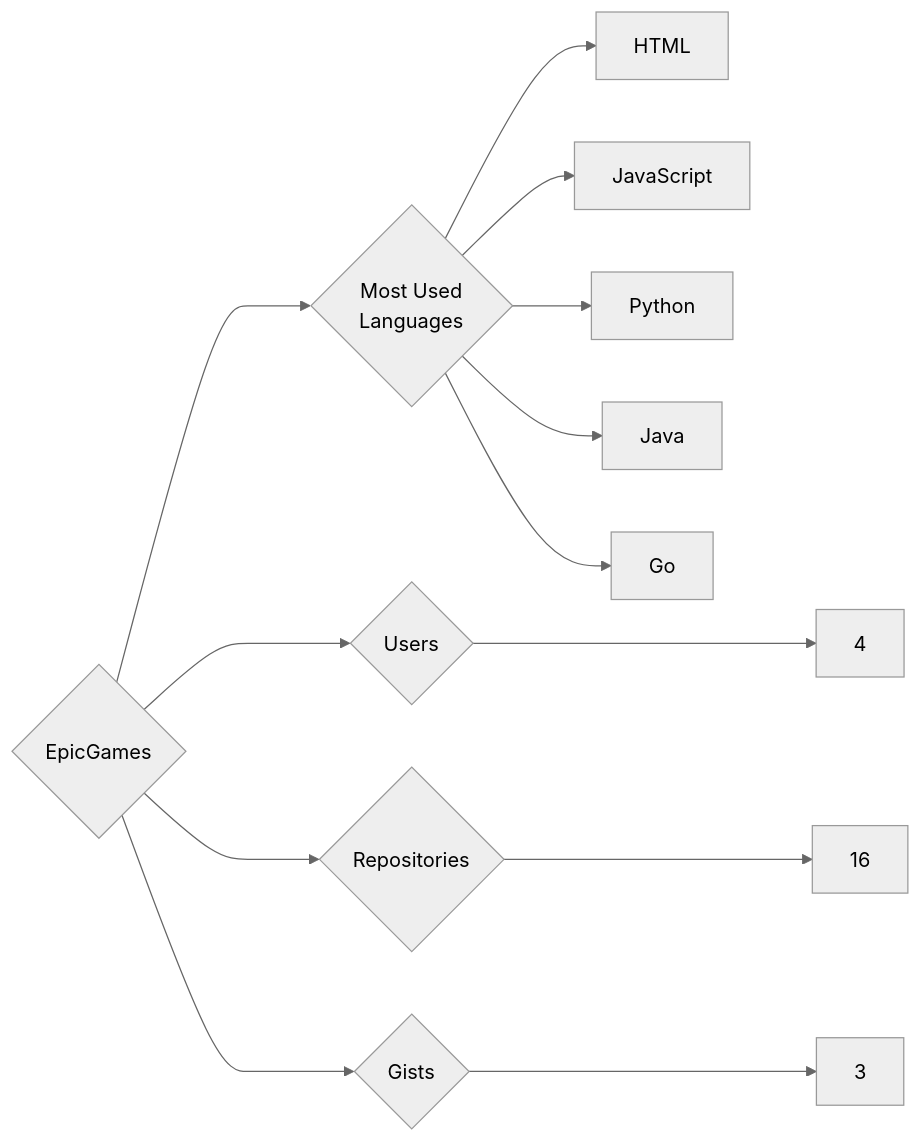
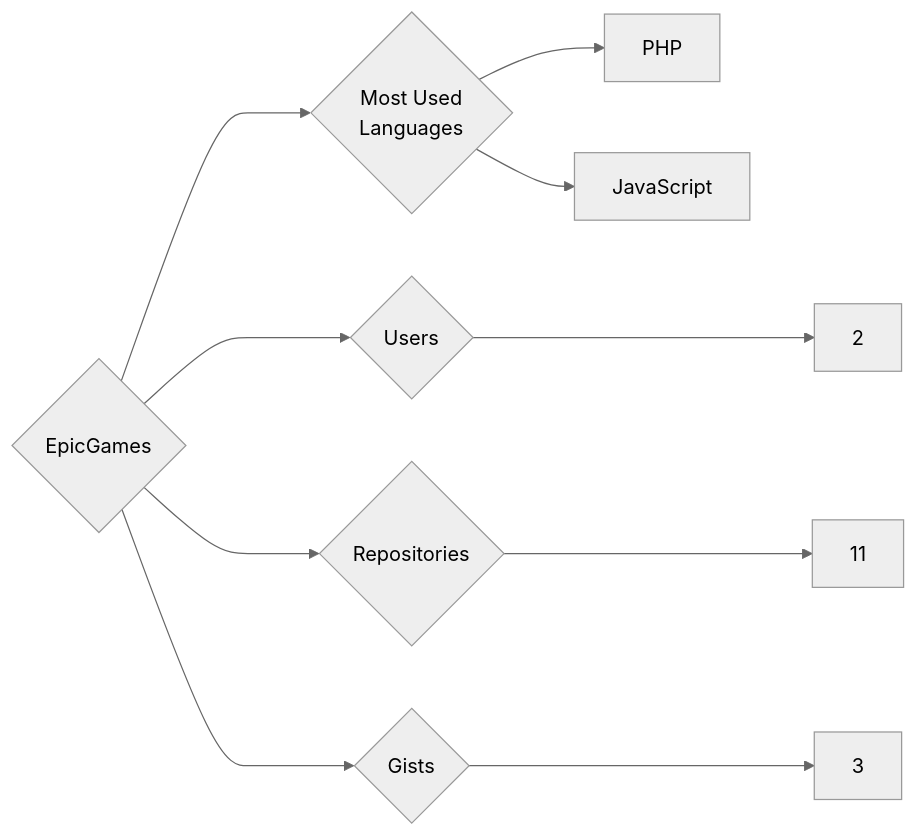
One commit to trickest/insiders changed the diagram in targets/EpicGames/README.md. Above: the diagram before and after it, drawn with Mermaid (neutral theme). The commit also changed 1003 other files, not shown here.

````diff
--- a/targets/EpicGames/README.md
+++ b/targets/EpicGames/README.md
@@ -3,13 +3,10 @@
 ```mermaid
 graph LR
 COMPANY_NAME{EpicGames}
-COMPANY_NAME ---> U{Users} ---> UN[4]
-COMPANY_NAME ---> R{Repositories} ---> RN[16]
+COMPANY_NAME ---> U{Users} ---> UN[2]
+COMPANY_NAME ---> R{Repositories} ---> RN[11]
 COMPANY_NAME ---> G{Gists} ---> GN[3]
 COMPANY_NAME ---> ML{Most Used<br>Languages}
-ML --> HTML[HTML]
+ML --> PHP[PHP]
 ML --> JavaScript[JavaScript]
-ML --> Python[Python]
-ML --> Java[Java]
-ML --> Go[Go]
 ```
````
